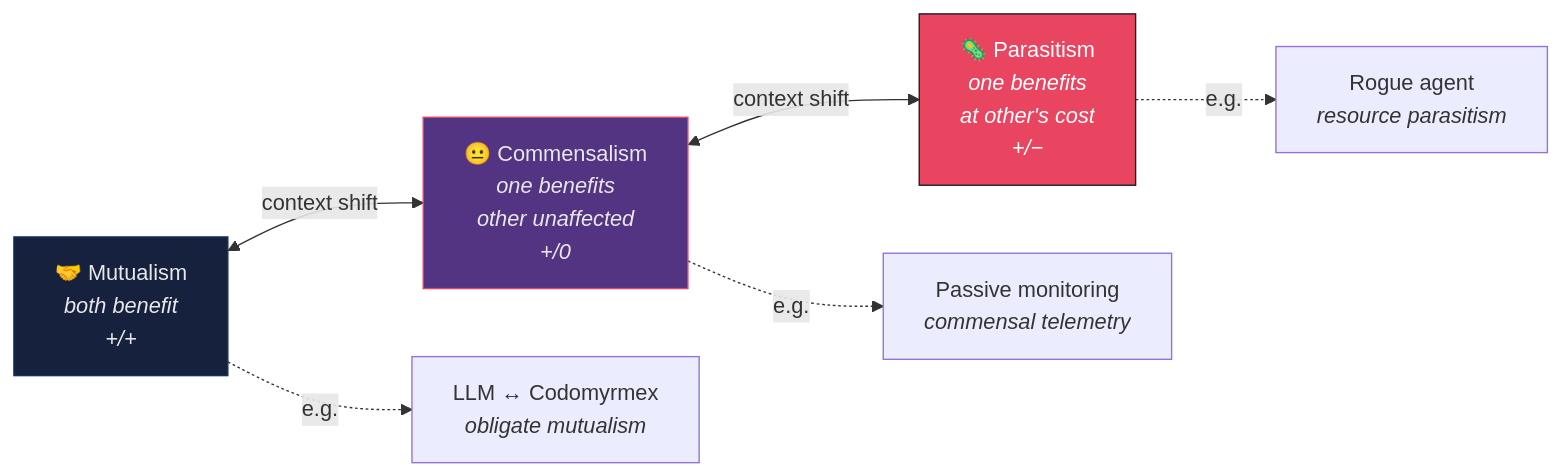
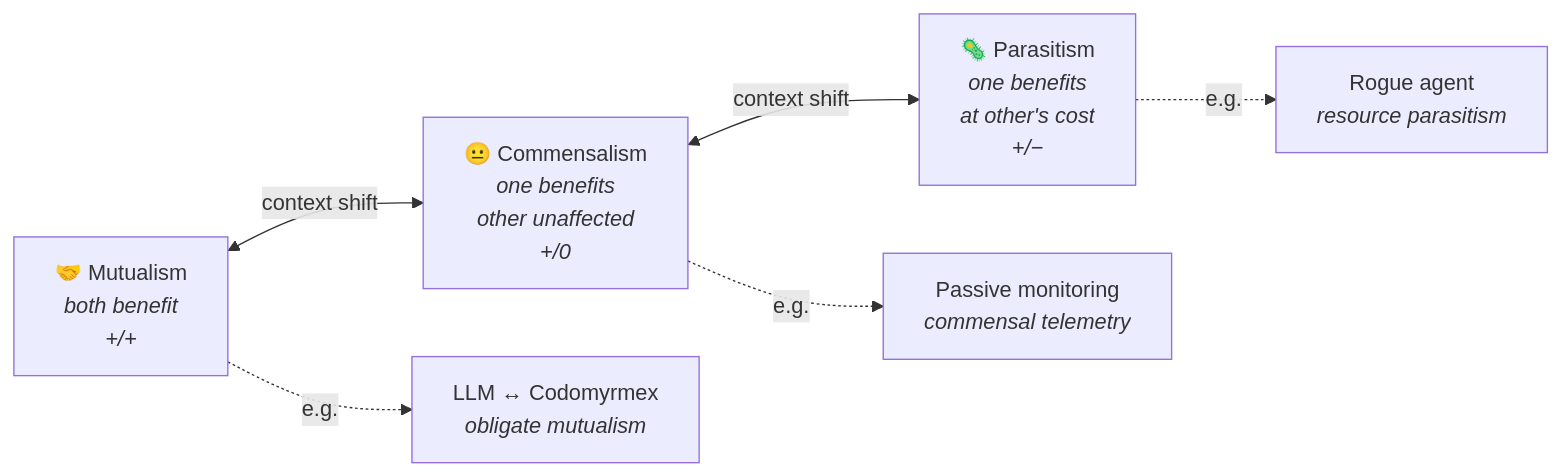
The second of 2 diagrams in docs/bio/symbiosis.md (docxology/codomyrmex), drawn with Mermaid before and after one commit. The commit also changed other lines of this file and 86 other files, not shown here.

````diff
--- a/docs/bio/symbiosis.md
+++ b/docs/bio/symbiosis.md
@@ -57,17 +53,13 @@
 ```mermaid
 graph LR
     MUT["🤝 Mutualism<br/><i>both benefit</i><br/><i>+/+</i>"]
     COM["😐 Commensalism<br/><i>one benefits<br/>other unaffected</i><br/><i>+/0</i>"]
     PAR["🦠 Parasitism<br/><i>one benefits<br/>at other's cost</i><br/><i>+/−</i>"]
 
     MUT <-->|"context shift"| COM
     COM <-->|"context shift"| PAR
 
     MUT -.->|"e.g."| LLM_MUT["LLM ↔ Codomyrmex<br/><i>obligate mutualism</i>"]
     COM -.->|"e.g."| LOG_COM["Passive monitoring<br/><i>commensal telemetry</i>"]
     PAR -.->|"e.g."| ROGUE["Rogue agent<br/><i>resource parasitism</i>"]
-
-    style MUT fill:#16213e,stroke:#0f3460,color:#e8e8e8
-    style COM fill:#533483,stroke:#e94560,color:#e8e8e8
-    style PAR fill:#e94560,stroke:#1a1a2e,color:#fff
 ```
````
